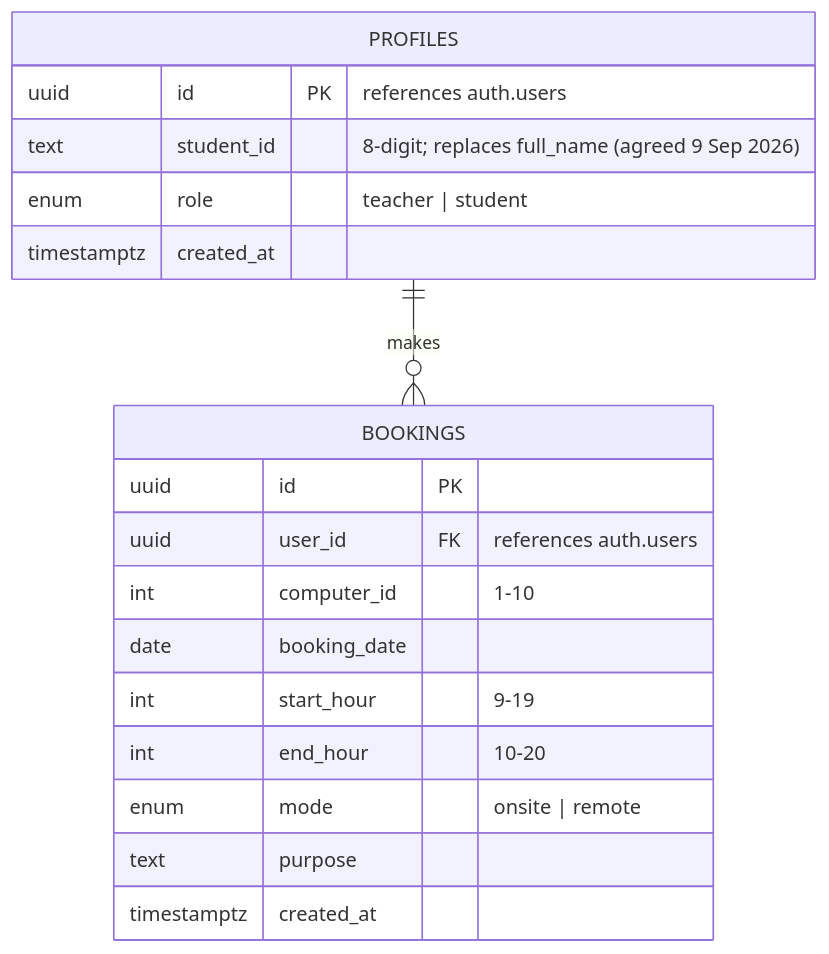
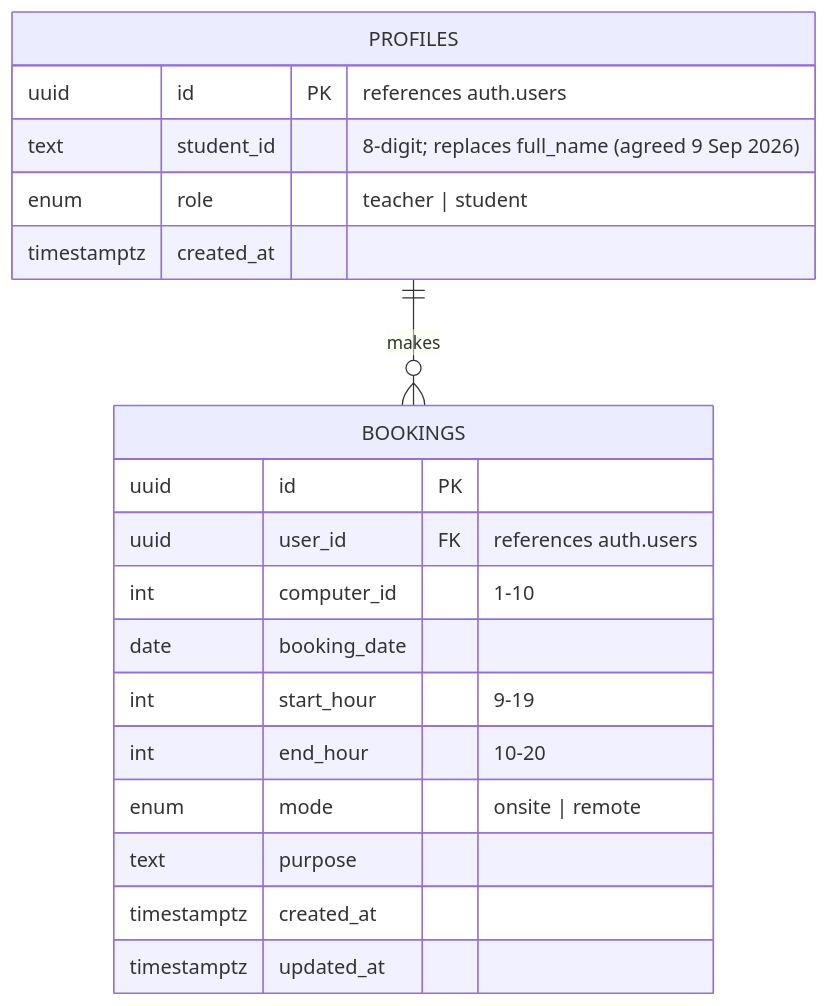
The diagram in .docs/02-design/diagrams/03-er-diagram.md (Leng201202/SE-Lab-Booking-System), drawn with Mermaid before and after one commit.

Commit message:
add updated_at for er

````diff
--- a/.docs/02-design/diagrams/03-er-diagram.md
+++ b/.docs/02-design/diagrams/03-er-diagram.md
@@ -5,21 +5,22 @@
 ```mermaid
 erDiagram
     PROFILES ||--o{ BOOKINGS : "makes"
     PROFILES {
         uuid id PK "references auth.users"
         text student_id "8-digit; replaces full_name (agreed 9 Sep 2026)"
         enum role "teacher | student"
         timestamptz created_at
     }
     BOOKINGS {
         uuid id PK
         uuid user_id FK "references auth.users"
         int computer_id "1-10"
         date booking_date
         int start_hour "9-19"
         int end_hour "10-20"
         enum mode "onsite | remote"
         text purpose
         timestamptz created_at
+        timestamptz updated_at
     }
 ```
````
